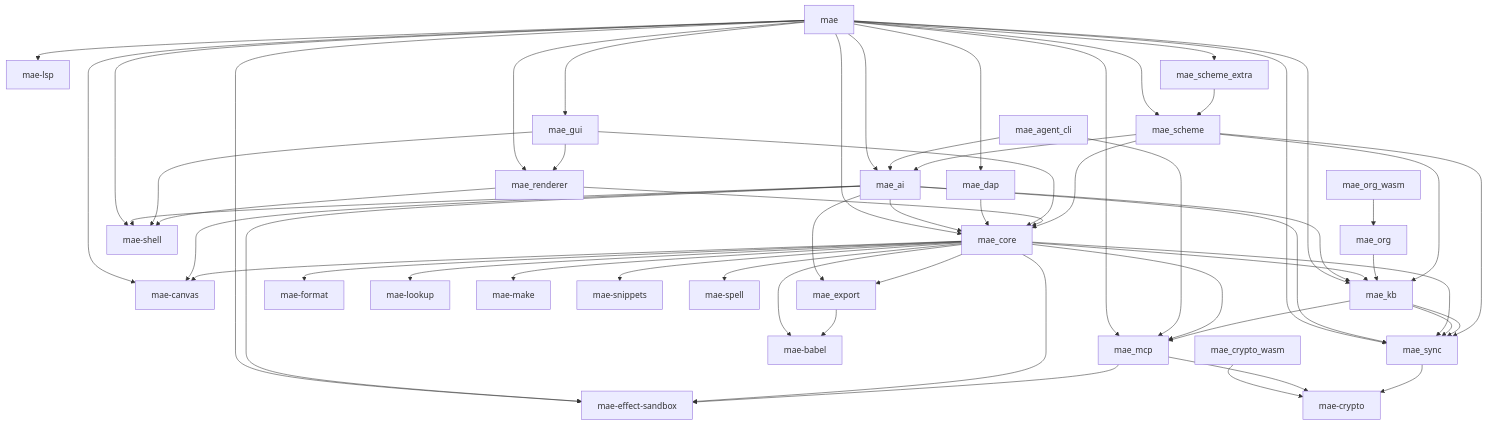
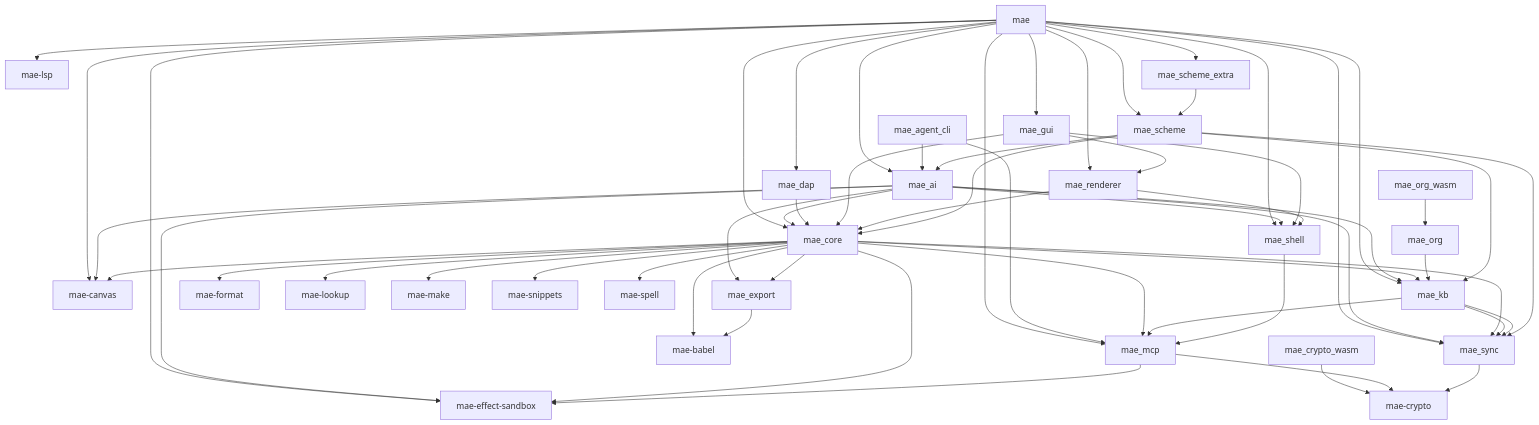
The diagram in docs/CODE_MAP.md (cuttlefisch/mae), drawn with Mermaid before and after one commit. The commit also changed 33 other files, not shown here.

````diff
--- a/docs/CODE_MAP.md
+++ b/docs/CODE_MAP.md
@@ -7,70 +7,70 @@
 ```mermaid
 graph TD
     mae --> mae_ai
     mae --> mae_canvas
     mae --> mae_core
     mae --> mae_dap
     mae --> mae_effect_sandbox
     mae --> mae_gui
     mae --> mae_kb
     mae --> mae_lsp
     mae --> mae_mcp
     mae --> mae_renderer
     mae --> mae_scheme
     mae --> mae_scheme_extra
     mae --> mae_shell
     mae --> mae_sync
     mae_agent_cli --> mae_ai
     mae_agent_cli --> mae_mcp
     mae_ai --> mae_canvas
     mae_ai --> mae_core
     mae_ai --> mae_effect_sandbox
     mae_ai --> mae_export
     mae_ai --> mae_kb
     mae_ai --> mae_shell
     mae_ai --> mae_sync
     mae_babel[mae-babel]
     mae_canvas[mae-canvas]
     mae_core --> mae_babel
     mae_core --> mae_canvas
     mae_core --> mae_effect_sandbox
     mae_core --> mae_export
     mae_core --> mae_format
     mae_core --> mae_kb
     mae_core --> mae_lookup
     mae_core --> mae_make
     mae_core --> mae_snippets
     mae_core --> mae_spell
     mae_core --> mae_sync
     mae_core --> mae_mcp
     mae_crypto[mae-crypto]
     mae_crypto_wasm --> mae_crypto
     mae_dap --> mae_core
     mae_effect_sandbox[mae-effect-sandbox]
     mae_export --> mae_babel
     mae_format[mae-format]
     mae_gui --> mae_core
     mae_gui --> mae_renderer
     mae_gui --> mae_shell
     mae_kb --> mae_mcp
     mae_kb --> mae_sync
     mae_kb --> mae_sync
     mae_lookup[mae-lookup]
     mae_lsp[mae-lsp]
     mae_make[mae-make]
     mae_mcp --> mae_crypto
     mae_mcp --> mae_effect_sandbox
     mae_org --> mae_kb
     mae_org_wasm --> mae_org
     mae_renderer --> mae_core
     mae_renderer --> mae_shell
     mae_scheme --> mae_ai
     mae_scheme --> mae_core
     mae_scheme --> mae_kb
     mae_scheme --> mae_sync
     mae_scheme_extra --> mae_scheme
-    mae_shell[mae-shell]
+    mae_shell --> mae_mcp
     mae_snippets[mae-snippets]
     mae_spell[mae-spell]
     mae_sync --> mae_crypto
 ```
````
